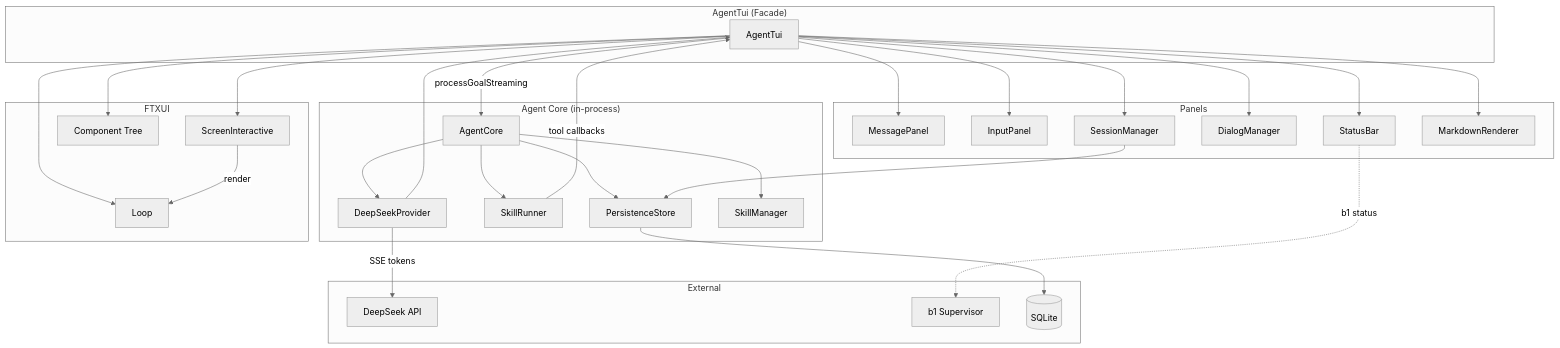
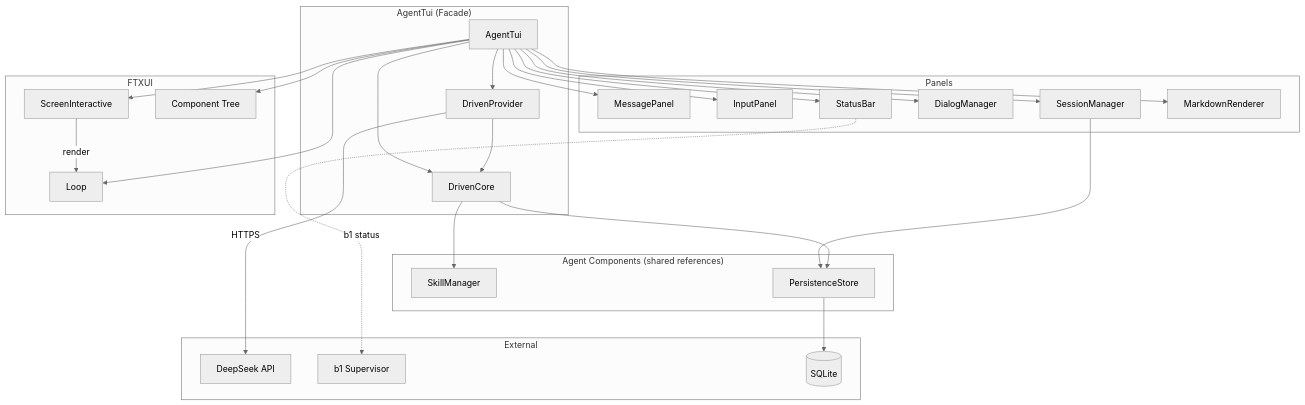
Before and after one commit to opensassi/a0: the first of 4 diagrams in source/src/tui/agent_tui.spec.md, drawn with Mermaid (neutral theme). The commit also changed other lines of this file and 49 other files, not shown here.

Commit message:
Thread-separated App Core refactoring: add DrivenCore state machine, curl_multi async provider, MPSC channel; refactor AgentTui to remove AgentCore*; update all 43 spec files and 5 technical-specification.md files

````diff
--- a/source/src/tui/agent_tui.spec.md
+++ b/source/src/tui/agent_tui.spec.md
@@ -119,62 +157,58 @@
 ```mermaid
 graph TB
     subgraph "AgentTui (Facade)"
         AT[AgentTui]
+        DP[DrivenProvider]
+        DC[DrivenCore]
     end
 
     subgraph "Panels"
         MP[MessagePanel]
         IP[InputPanel]
         SB[StatusBar]
         DM[DialogManager]
         SM[SessionManager]
         MR[MarkdownRenderer]
     end
 
-    subgraph "Agent Core (in-process)"
-        Core[AgentCore]
-        DP[DeepSeekProvider]
-        SR[SkillRunner]
+    subgraph "Agent Components (shared references)"
+        SK[SkillManager]
         PS[PersistenceStore]
-        SK[SkillManager]
     end
 
     subgraph "FTXUI"
         Screen[ScreenInteractive]
         Loop[Loop]
         Layout[Component Tree]
     end
 
     subgraph "External"
         LLM[DeepSeek API]
         B1[b1 Supervisor]
         DB[(SQLite)]
     end
 
+    AT --> DP
+    DP --> DC
+    AT --> DC
+    DC --> SK
+    DC --> PS
+
     AT --> Screen
     AT --> Loop
     AT --> Layout
     Screen -->|render| Loop
 
     AT --> MP
     AT --> IP
     AT --> SB
     AT --> DM
     AT --> SM
     AT --> MR
 
-    AT -->|processGoalStreaming| Core
-    Core --> DP
-    Core --> SR
-    Core --> SK
-    Core --> PS
-
-    DP -->|SSE tokens| LLM
-    DP --> AT
-    SR -->|tool callbacks| AT
-
+    DP -->|HTTPS| LLM
     SM --> PS
     PS --> DB
 
     SB -.->|b1 status| B1
 ```
````
